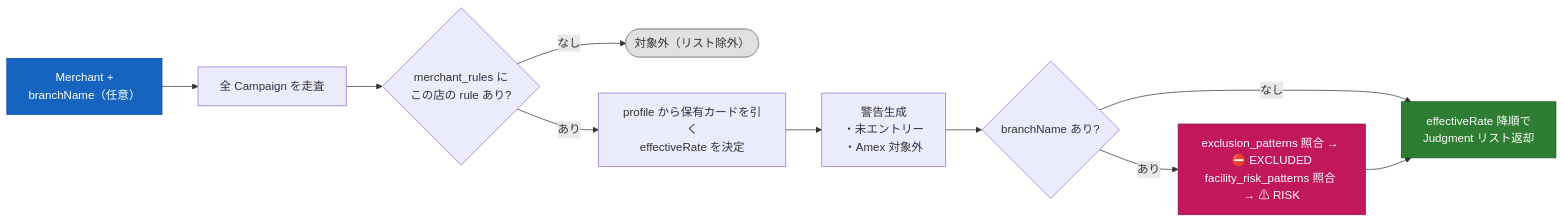
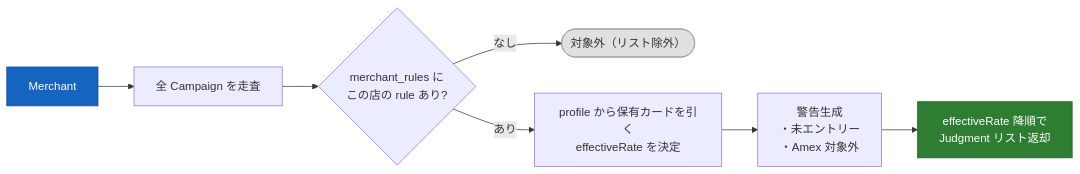
One commit to ktakjm/poikatsu changed the fourth of 6 diagrams in docs/code-guide.md. Above: the diagram before and after it, drawn with Mermaid. The commit also changed other lines of this file and 8 other files, not shown here.

````diff
--- a/docs/code-guide.md
+++ b/docs/code-guide.md
@@ -222,17 +233,13 @@
 ```mermaid
 flowchart LR
-    IN["Merchant +<br/>branchName（任意）"] --> LOOP["全 Campaign を走査"]
+    IN["Merchant"] --> LOOP["全 Campaign を走査"]
     LOOP --> RULE{"merchant_rules に<br/>この店の rule あり?"}
     RULE -- "なし" --> DROP(["対象外（リスト除外）"])
     RULE -- "あり" --> CARD["profile から保有カードを引く<br/>effectiveRate を決定"]
     CARD --> WARN["警告生成<br/>・未エントリー<br/>・Amex 対象外"]
-    WARN --> BRANCH{"branchName あり?"}
-    BRANCH -- "あり" --> EXCL["exclusion_patterns 照合 → ⛔ EXCLUDED<br/>facility_risk_patterns 照合 → ⚠ RISK"]
-    BRANCH -- "なし" --> SORT
-    EXCL --> SORT["effectiveRate 降順で<br/>Judgment リスト返却"]
+    WARN --> SORT["effectiveRate 降順で<br/>Judgment リスト返却"]
 
     style IN fill:#1565C0,stroke:#0D47A1,color:#fff
     style SORT fill:#2E7D32,stroke:#1B5E20,color:#fff
     style DROP fill:#E0E0E0,stroke:#9E9E9E,color:#333
-    style EXCL fill:#C2185B,stroke:#880E4F,color:#fff
 ```
````
